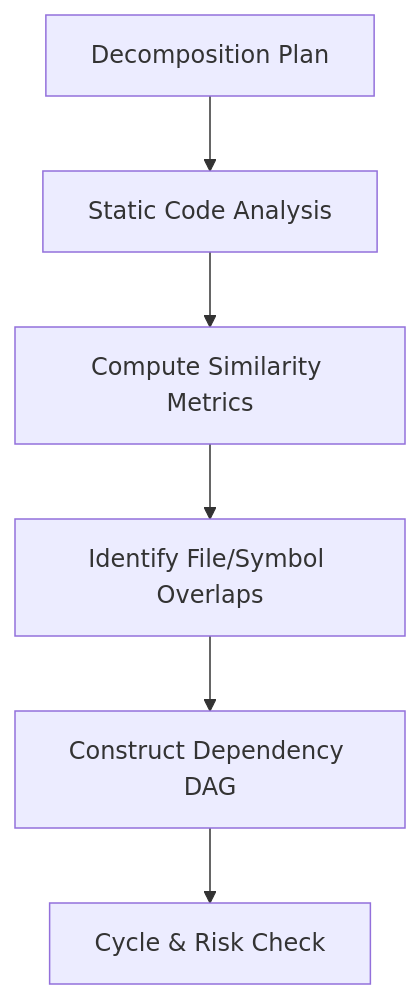
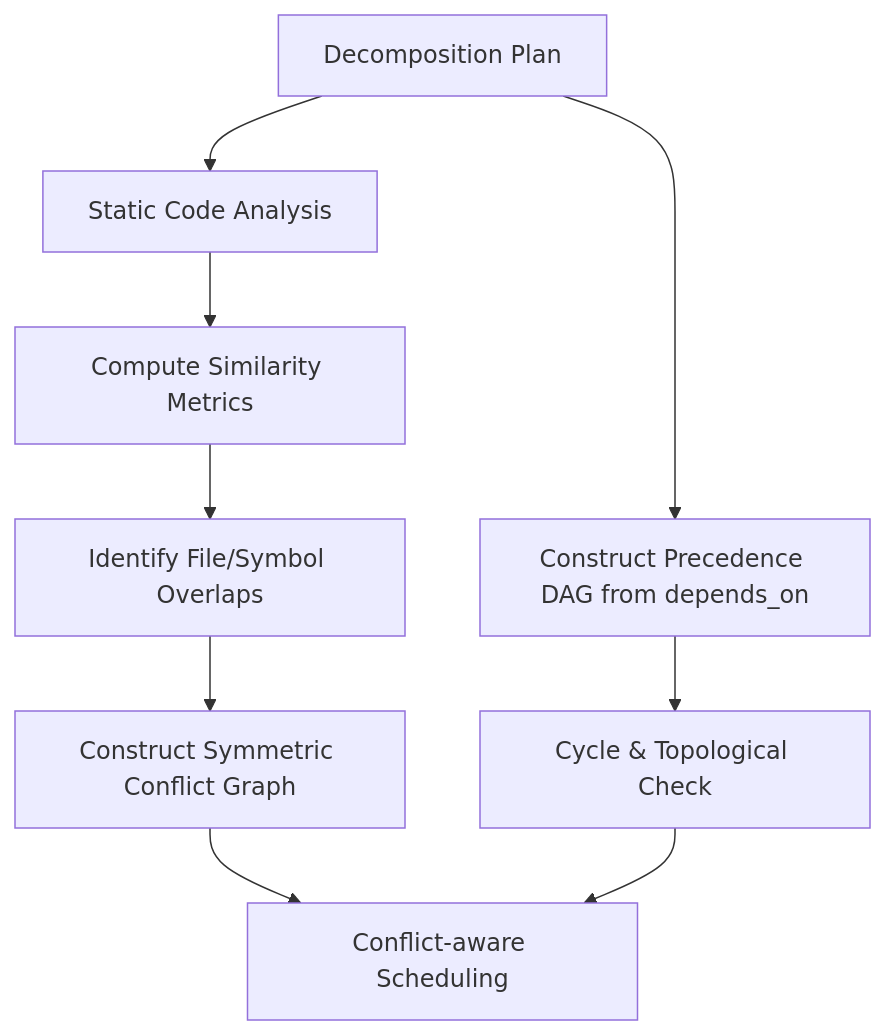
One commit to Saltmu/orchestune changed the second of 3 diagrams in docs/ja/architecture.md. Above: the diagram before and after it, drawn with Mermaid. The commit also changed other lines of this file and 38 other files, not shown here.

Commit message:
feat(dag): separate precedence and conflict graphs

````diff
--- a/docs/ja/architecture.md
+++ b/docs/ja/architecture.md
@@ -113,8 +113,11 @@
 ```mermaid
 graph TD
     A[Decomposition Plan] --> B[Static Code Analysis]
     B --> C[Compute Similarity Metrics]
     C --> D[Identify File/Symbol Overlaps]
-    D --> E[Construct Dependency DAG]
-    E --> F[Cycle & Risk Check]
+    A --> E[Construct Precedence DAG from depends_on]
+    D --> F[Construct Symmetric Conflict Graph]
+    E --> G[Cycle & Topological Check]
+    F --> H[Conflict-aware Scheduling]
+    G --> H
 ```
````
